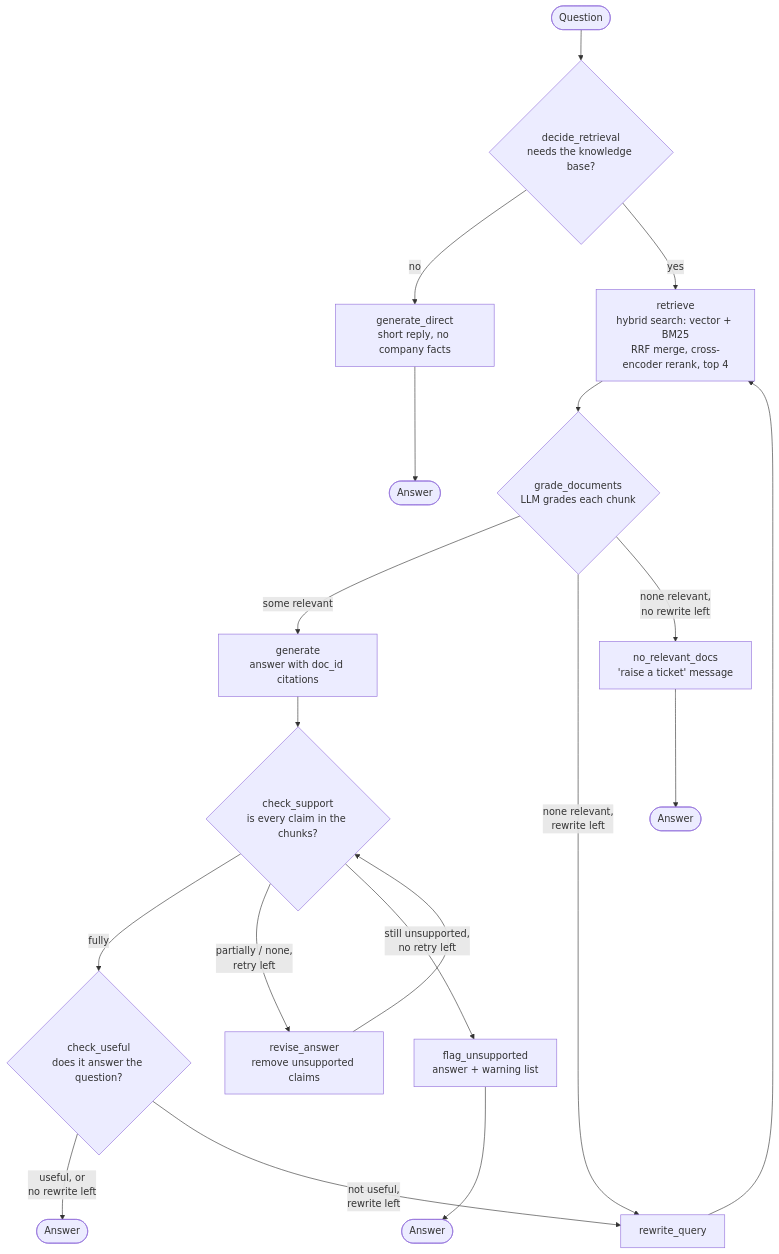
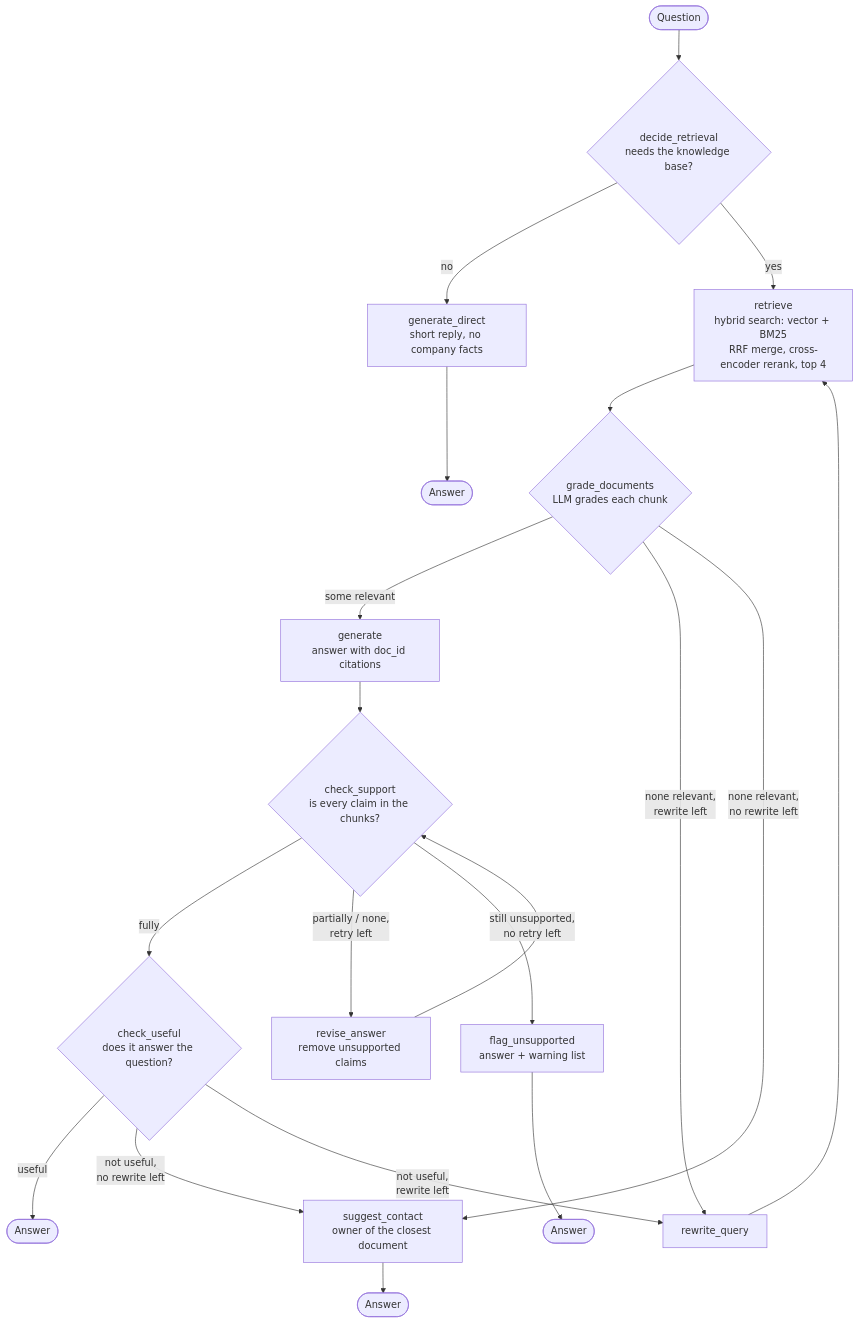
The diagram in README.md (kaushik-hadiya/SelfRAG), drawn with Mermaid before and after one commit. The commit also changed other lines of this file, not shown here.

Commit message:
README: suggest_contact node and more complete answers

````diff
--- a/README.md
+++ b/README.md
@@ -46,18 +46,19 @@
 ```mermaid
 flowchart TD
     Q([Question]) --> D{decide_retrieval<br/>needs the knowledge base?}
     D -->|no| GD[generate_direct<br/>short reply, no company facts] --> E1([Answer])
     D -->|yes| R[retrieve<br/>hybrid search: vector + BM25<br/>RRF merge, cross-encoder rerank, top 4]
     R --> G{grade_documents<br/>LLM grades each chunk}
     G -->|some relevant| GEN[generate<br/>answer with doc_id citations]
     G -->|none relevant,<br/>rewrite left| RW[rewrite_query]
-    G -->|none relevant,<br/>no rewrite left| NR[no_relevant_docs<br/>'raise a ticket' message] --> E2([Answer])
+    G -->|none relevant,<br/>no rewrite left| SC[suggest_contact<br/>owner of the closest document] --> E2([Answer])
     GEN --> S{check_support<br/>is every claim in the chunks?}
     S -->|fully| U{check_useful<br/>does it answer the question?}
     S -->|partially / none,<br/>retry left| RV[revise_answer<br/>remove unsupported claims]
     RV --> S
     S -->|still unsupported,<br/>no retry left| F[flag_unsupported<br/>answer + warning list] --> E3([Answer])
-    U -->|useful, or<br/>no rewrite left| E4([Answer])
+    U -->|useful| E4([Answer])
+    U -->|not useful,<br/>no rewrite left| SC
     U -->|not useful,<br/>rewrite left| RW
     RW --> R
 ```
````
